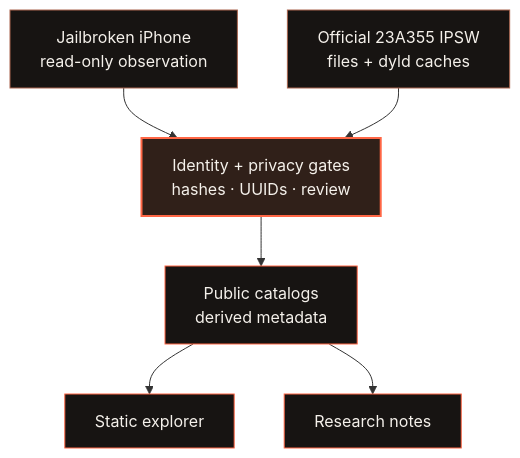
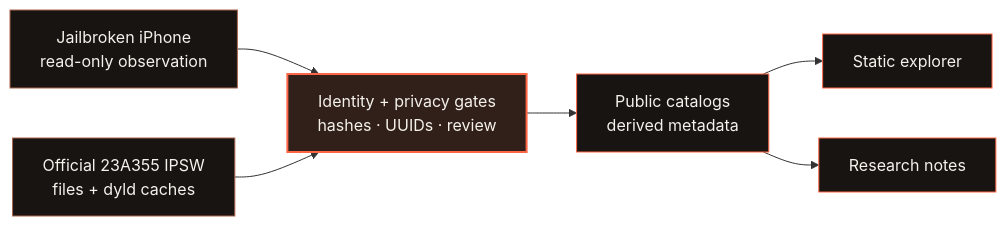
One commit to everettjf/ios-atlas changed the diagram in README.md. Above: the diagram before and after it, drawn with Mermaid.

Commit message:
Use horizontal README architecture layout

````diff
--- a/README.md
+++ b/README.md
@@ -37,20 +37,20 @@
 ```mermaid
-flowchart TB
+flowchart LR
     A["Jailbroken iPhone<br/>read-only observation"]
     B["Official 23A355 IPSW<br/>files + dyld caches"]
     C["Identity + privacy gates<br/>hashes · UUIDs · review"]
     D["Public catalogs<br/>derived metadata"]
     E["Static explorer"]
     F["Research notes"]
     A --> C
     B --> C
     C --> D
     D --> E
     D --> F
     classDef input fill:#171412,stroke:#a9654e,color:#f5f1eb,stroke-width:1px;
     classDef gate fill:#302019,stroke:#ff6645,color:#f5f1eb,stroke-width:2px;
     classDef output fill:#171412,stroke:#ff6645,color:#f5f1eb,stroke-width:1px;
     class A,B input;
     class C gate;
     class D,E,F output;
 ```
````
